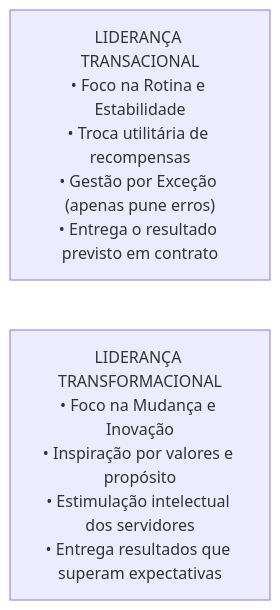
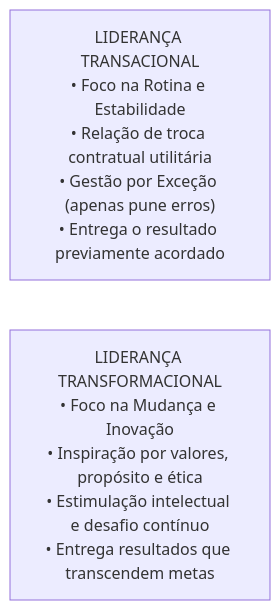
One commit to thiagosantos346/TCE-GO-2027 changed the fifth of 6 diagrams in fontes_de_estudo/conhecimentos_especificos_a01_tecnico_administrativo/24_comportamento_organizacional/02_grupos_equipes_lideranca_e_comunicacao_organizacional.md. Above: the diagram before and after it, drawn with Mermaid. The commit also changed other lines of this file and 119 other files, not shown here.

````diff
--- a/fontes_de_estudo/conhecimentos_especificos_a01_tecnico_administrativo/24_comportamento_organizacional/02_grupos_equipes_lideranca_e_comunicacao_organizacional.md
+++ b/fontes_de_estudo/conhecimentos_especificos_a01_tecnico_administrativo/24_comportamento_organizacional/02_grupos_equipes_lideranca_e_comunicacao_organizacional.md
@@ -131,6 +150,6 @@
 ```mermaid
 flowchart LR
-    Trans["LIDERANÇA TRANSACIONAL<br/>• Foco na Rotina e Estabilidade<br/>• Troca utilitária de recompensas<br/>• Gestão por Exceção (apenas pune erros)<br/>• Entrega o resultado previsto em contrato"]
+    Trans["LIDERANÇA TRANSACIONAL<br/>• Foco na Rotina e Estabilidade<br/>• Relação de troca contratual utilitária<br/>• Gestão por Exceção (apenas pune erros)<br/>• Entrega o resultado previamente acordado"]
     
-    Transform["LIDERANÇA TRANSFORMACIONAL<br/>• Foco na Mudança e Inovação<br/>• Inspiração por valores e propósito<br/>• Estimulação intelectual dos servidores<br/>• Entrega resultados que superam expectativas"]
+    Transform["LIDERANÇA TRANSFORMACIONAL<br/>• Foco na Mudança e Inovação<br/>• Inspiração por valores, propósito e ética<br/>• Estimulação intelectual e desafio contínuo<br/>• Entrega resultados que transcendem metas"]
 ```
````
